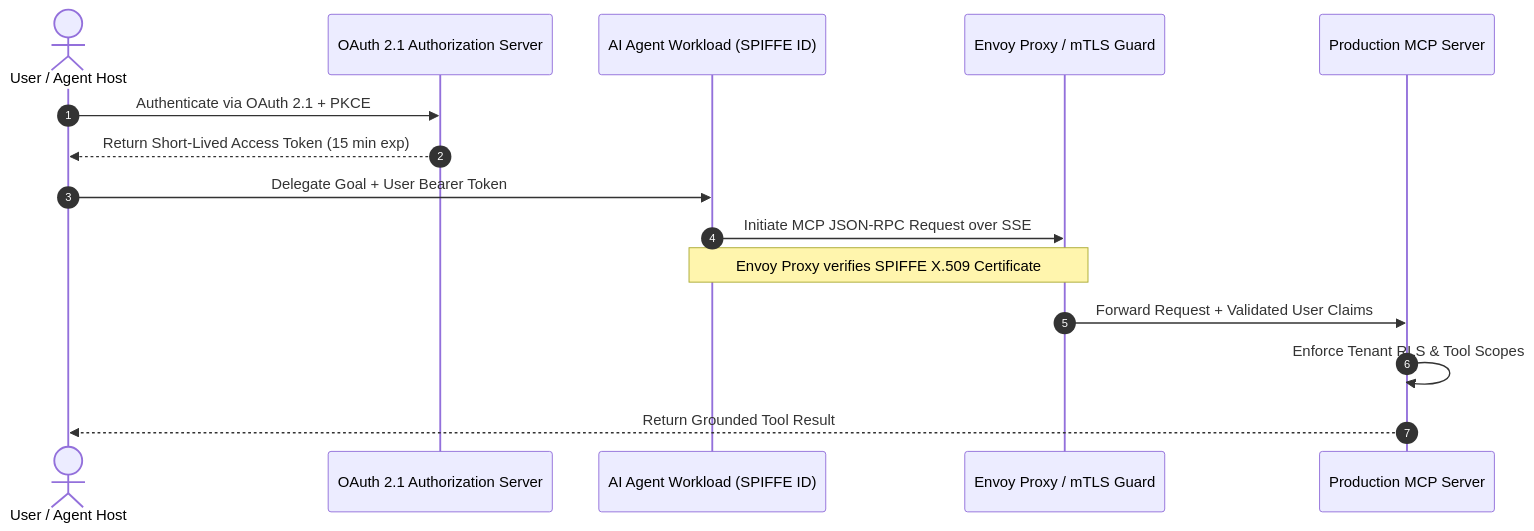
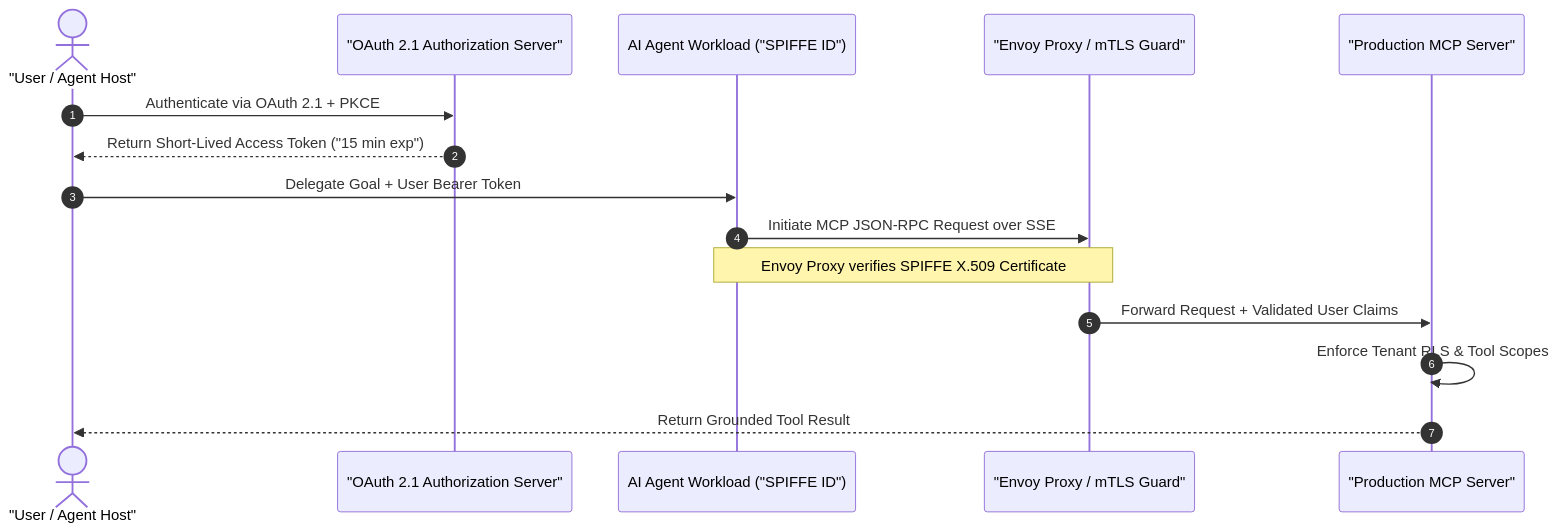
The diagram in content/series/mcp-engineering-in-production/part-3-identity.md (vesviet/vesviet), drawn with Mermaid before and after one commit. The commit also changed other lines of this file and 331 other files, not shown here.

````diff
--- a/content/series/mcp-engineering-in-production/part-3-identity.md
+++ b/content/series/mcp-engineering-in-production/part-3-identity.md
@@ -45,20 +48,20 @@
 ```mermaid
 sequenceDiagram
     autonumber
-    actor User as User / Agent Host
-    participant AuthServer as OAuth 2.1 Authorization Server
-    participant Agent as AI Agent Workload (SPIFFE ID)
-    participant Mesh as Envoy Proxy / mTLS Guard
-    participant MCPServer as Production MCP Server
+    actor User as "User / Agent Host"
+    participant AuthServer as "OAuth 2.1 Authorization Server"
+    participant Agent as AI Agent Workload ("SPIFFE ID")
+    participant Mesh as "Envoy Proxy / mTLS Guard"
+    participant MCPServer as "Production MCP Server"
 
     User->>AuthServer: Authenticate via OAuth 2.1 + PKCE
-    AuthServer-->>User: Return Short-Lived Access Token (15 min exp)
+    AuthServer-->>User: Return Short-Lived Access Token ("15 min exp")
     User->>Agent: Delegate Goal + User Bearer Token
     
     Agent->>Mesh: Initiate MCP JSON-RPC Request over SSE
     note over Agent,Mesh: Envoy Proxy verifies SPIFFE X.509 Certificate
     
     Mesh->>MCPServer: Forward Request + Validated User Claims
     MCPServer->>MCPServer: Enforce Tenant RLS & Tool Scopes
     MCPServer-->>User: Return Grounded Tool Result
 ```
````
